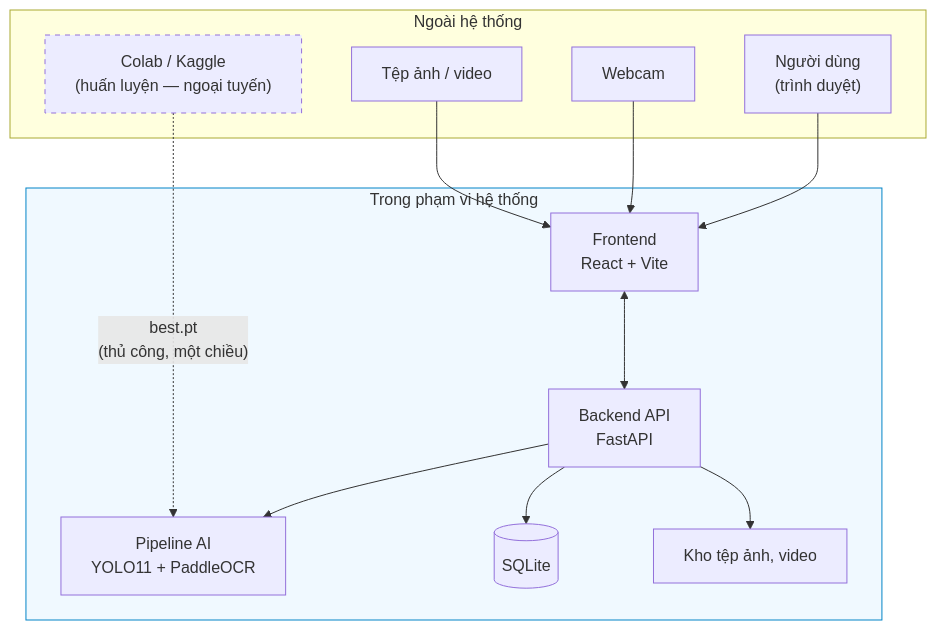
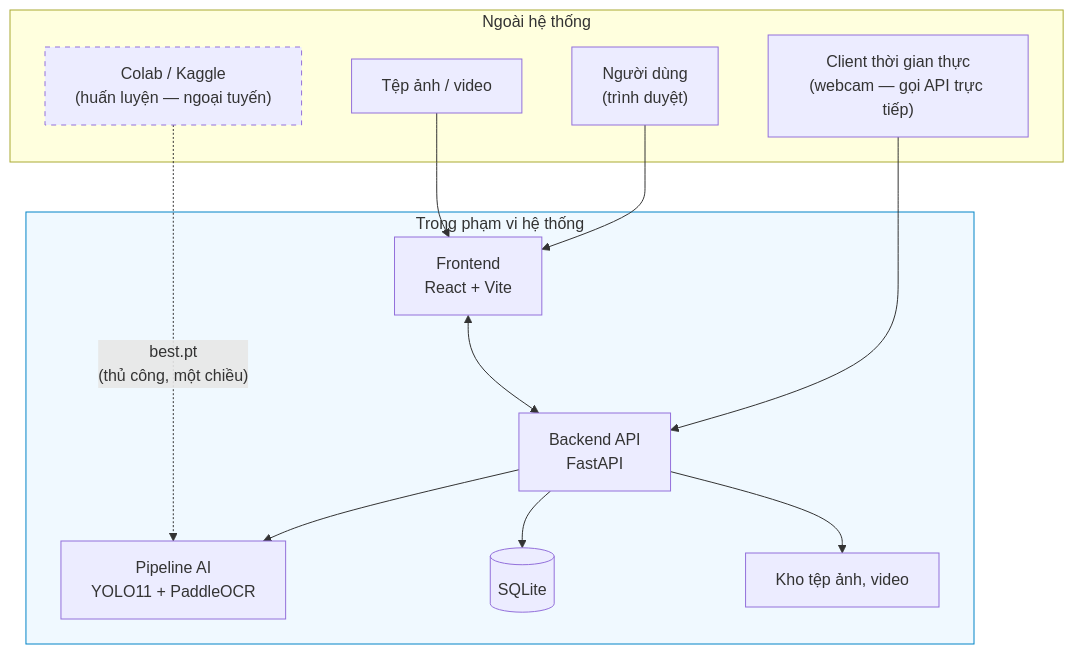
The diagram in docs/papers/ch1-mo-dau.md (hieunguyen2604/alpr-do-an-mon-hoc), drawn with Mermaid before and after one commit. The commit also changed other lines of this file and 82 other files, not shown here.

````diff
--- a/docs/papers/ch1-mo-dau.md
+++ b/docs/papers/ch1-mo-dau.md
@@ -188,29 +200,29 @@
 ```mermaid
 graph TB
     subgraph EXT["Ngoài hệ thống"]
         U["Người dùng<br/>(trình duyệt)"]
-        CAM["Webcam"]
+        CAM["Client thời gian thực<br/>(webcam — gọi API trực tiếp)"]
         FS["Tệp ảnh / video"]
         COLAB["Colab / Kaggle<br/>(huấn luyện — ngoại tuyến)"]
     end
 
     subgraph SYS["Trong phạm vi hệ thống"]
         FE["Frontend<br/>React + Vite"]
         BE["Backend API<br/>FastAPI"]
         AI["Pipeline AI<br/>YOLO11 + PaddleOCR"]
         DB[("SQLite")]
         ST["Kho tệp ảnh, video"]
     end
 
     U --> FE
-    CAM --> FE
+    CAM --> BE
     FS --> FE
     FE <--> BE
     BE --> AI
     BE --> DB
     BE --> ST
     COLAB -.->|"best.pt<br/>(thủ công, một chiều)"| AI
 
     style COLAB stroke-dasharray: 5 5
     style SYS fill:#f0f9ff,stroke:#0284c7
 ```
````
